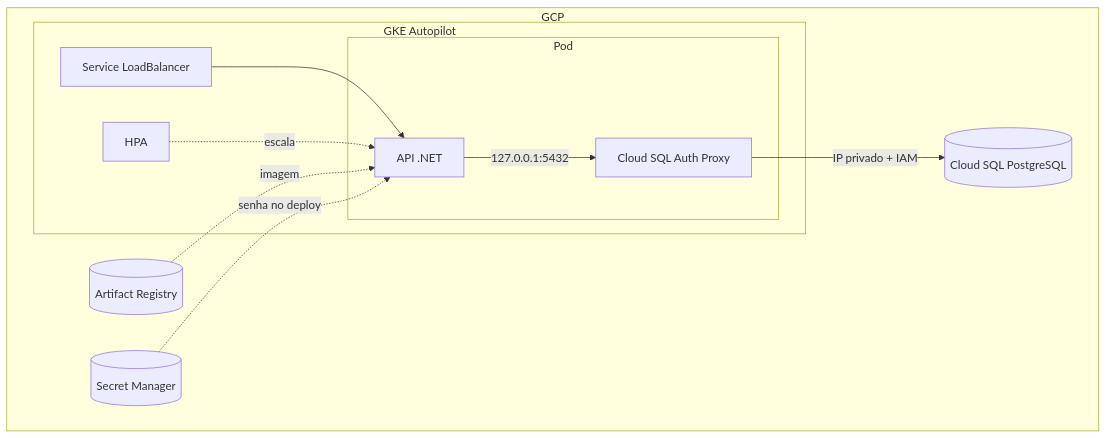
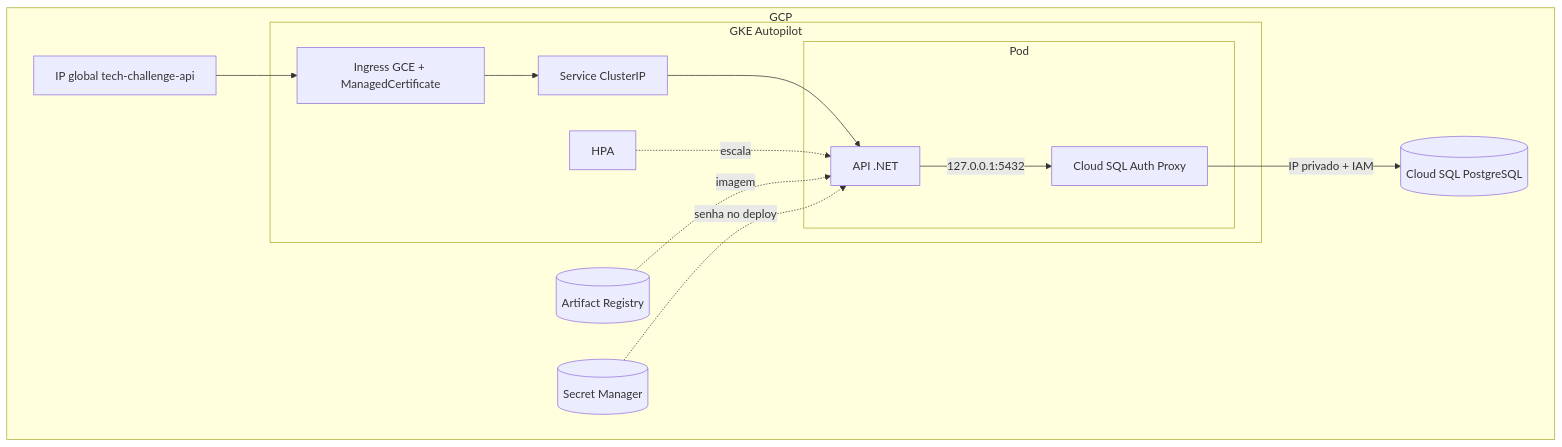
Before and after one commit to fiap-vcosta/api: the third of 4 diagrams in README.md, drawn with Mermaid. The commit also changed other lines of this file and 4 other files, not shown here.

First line of the commit message:
feat: expose API via Ingress GCE and ManagedCertificate

````diff
--- a/README.md
+++ b/README.md
@@ -51,23 +51,27 @@
 ```mermaid
 flowchart TB
   subgraph gcp["GCP"]
     ar[("Artifact Registry")]
+    ip["IP global tech-challenge-api"]
     subgraph gke["GKE Autopilot"]
-      lb["Service LoadBalancer"]
+      ing["Ingress GCE + ManagedCertificate"]
+      svc["Service ClusterIP"]
       subgraph pod["Pod"]
         api["API .NET"]
         proxy["Cloud SQL Auth Proxy"]
       end
       hpa["HPA"]
     end
     sql[("Cloud SQL PostgreSQL")]
     sm[("Secret Manager")]
   end
 
-  lb --> api
+  ip --> ing
+  ing --> svc
+  svc --> api
   hpa -.->|"escala"| api
   api -->|"127.0.0.1:5432"| proxy
   proxy -->|"IP privado + IAM"| sql
   ar -.->|"imagem"| api
   sm -.->|"senha no deploy"| api
 ```
````
